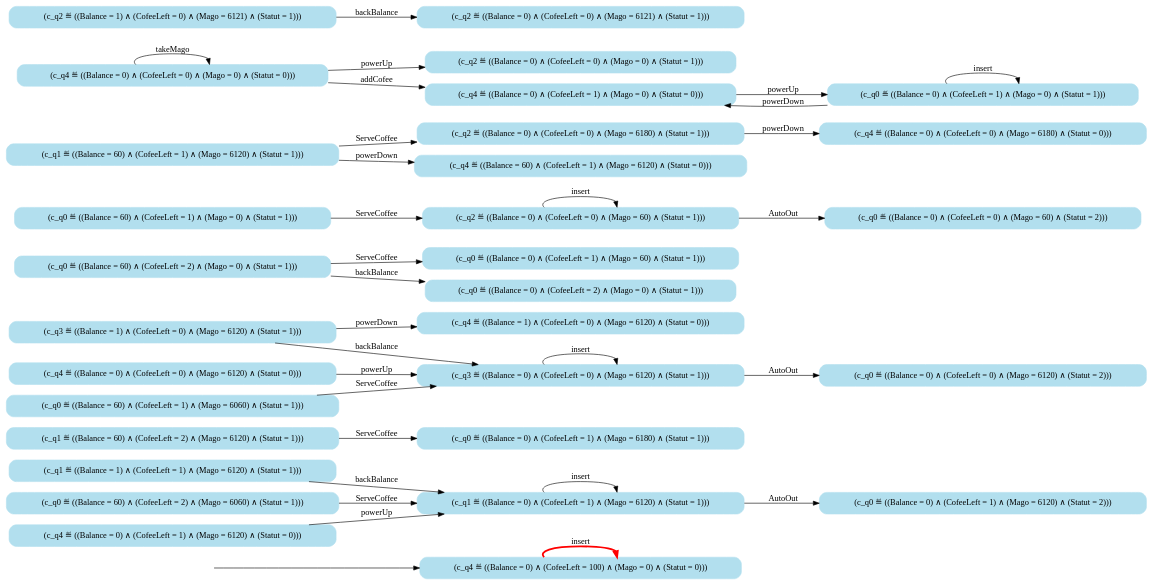
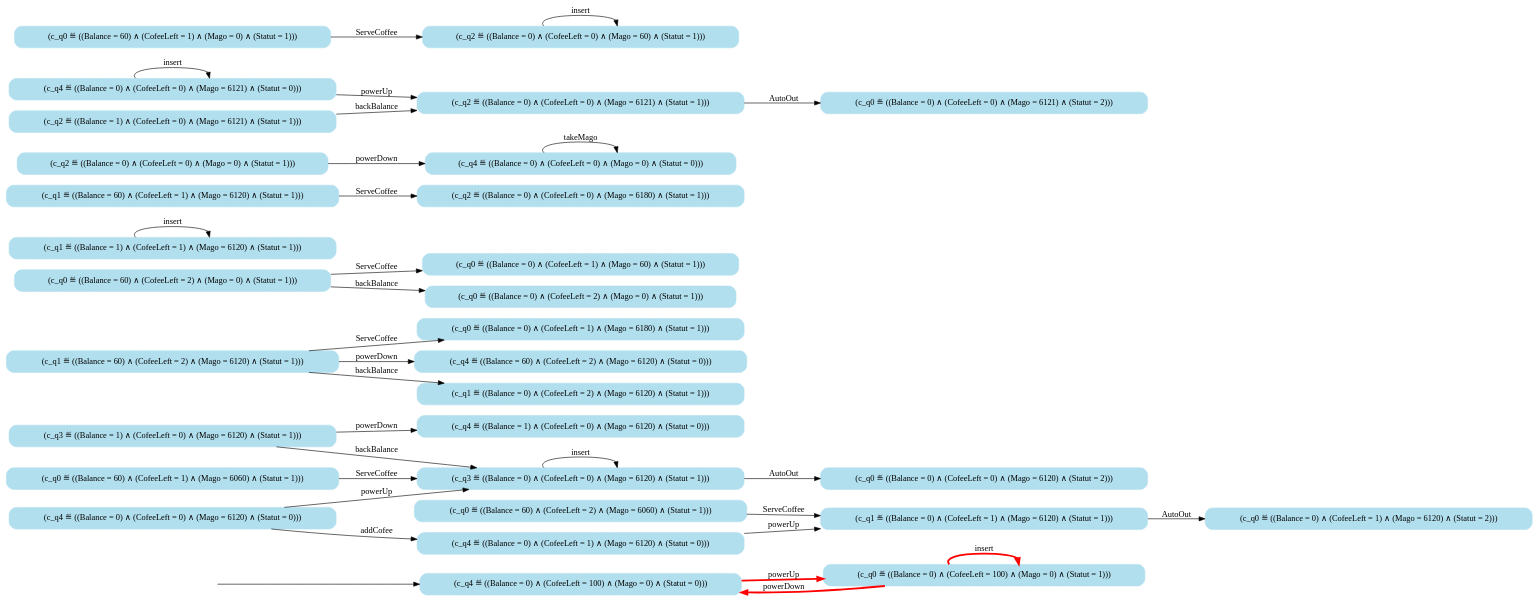
The diagram in resources/outputs/coffeeMachine/2guard/eua0.dot (stratosphr/Stratest), drawn with Graphviz before and after one commit. The commit also changed 711 other files, not shown here.

```diff
--- a/resources/outputs/coffeeMachine/2guard/eua0.dot
+++ b/resources/outputs/coffeeMachine/2guard/eua0.dot
@@ -1,70 +1,70 @@
 digraph G {
 
 	rankdir = LR;
 
-	start_c_q4_1[style=invisible];
+	start_c_q4_27[style=invisible];
 
 	node[shape=box, style="rounded, filled", color=lightblue2];
 
-	c_q1_32[label="(c_q1 ≝ ((Balance = 0) ∧ (CofeeLeft = 1) ∧ (Mago = 6120) ∧ (Statut = 1)))"];
-	c_q0_35[label="(c_q0 ≝ ((Balance = 0) ∧ (CofeeLeft = 1) ∧ (Mago = 6180) ∧ (Statut = 1)))"];
+	c_q1_28[label="(c_q1 ≝ ((Balance = 0) ∧ (CofeeLeft = 1) ∧ (Mago = 6120) ∧ (Statut = 1)))"];
+	c_q0_31[label="(c_q0 ≝ ((Balance = 0) ∧ (CofeeLeft = 1) ∧ (Mago = 6180) ∧ (Statut = 1)))"];
 	c_q3_54[label="(c_q3 ≝ ((Balance = 1) ∧ (CofeeLeft = 0) ∧ (Mago = 6120) ∧ (Statut = 1)))"];
-	c_q0_17[label="(c_q0 ≝ ((Balance = 0) ∧ (CofeeLeft = 1) ∧ (Mago = 60) ∧ (Statut = 1)))"];
-	c_q4_12[label="(c_q4 ≝ ((Balance = 0) ∧ (CofeeLeft = 0) ∧ (Mago = 6120) ∧ (Statut = 0)))"];
-	c_q0_45[label="(c_q0 ≝ ((Balance = 0) ∧ (CofeeLeft = 0) ∧ (Mago = 60) ∧ (Statut = 2)))"];
-	c_q4_1[label="(c_q4 ≝ ((Balance = 0) ∧ (CofeeLeft = 100) ∧ (Mago = 0) ∧ (Statut = 0)))"];
+	c_q0_15[label="(c_q0 ≝ ((Balance = 0) ∧ (CofeeLeft = 1) ∧ (Mago = 60) ∧ (Statut = 1)))"];
+	c_q4_8[label="(c_q4 ≝ ((Balance = 0) ∧ (CofeeLeft = 0) ∧ (Mago = 6120) ∧ (Statut = 0)))"];
+	c_q4_27[label="(c_q4 ≝ ((Balance = 0) ∧ (CofeeLeft = 100) ∧ (Mago = 0) ∧ (Statut = 0)))"];
 	c_q0_24[label="(c_q0 ≝ ((Balance = 60) ∧ (CofeeLeft = 1) ∧ (Mago = 6060) ∧ (Statut = 1)))"];
-	c_q1_30[label="(c_q1 ≝ ((Balance = 1) ∧ (CofeeLeft = 1) ∧ (Mago = 6120) ∧ (Statut = 1)))"];
-	c_q2_46[label="(c_q2 ≝ ((Balance = 0) ∧ (CofeeLeft = 0) ∧ (Mago = 6180) ∧ (Statut = 1)))"];
-	c_q0_18[label="(c_q0 ≝ ((Balance = 60) ∧ (CofeeLeft = 2) ∧ (Mago = 0) ∧ (Statut = 1)))"];
+	c_q1_35[label="(c_q1 ≝ ((Balance = 1) ∧ (CofeeLeft = 1) ∧ (Mago = 6120) ∧ (Statut = 1)))"];
+	c_q2_37[label="(c_q2 ≝ ((Balance = 0) ∧ (CofeeLeft = 0) ∧ (Mago = 6180) ∧ (Statut = 1)))"];
+	c_q0_16[label="(c_q0 ≝ ((Balance = 60) ∧ (CofeeLeft = 2) ∧ (Mago = 0) ∧ (Statut = 1)))"];
 	c_q0_20[label="(c_q0 ≝ ((Balance = 60) ∧ (CofeeLeft = 2) ∧ (Mago = 6060) ∧ (Statut = 1)))"];
 	c_q4_55[label="(c_q4 ≝ ((Balance = 1) ∧ (CofeeLeft = 0) ∧ (Mago = 6120) ∧ (Statut = 0)))"];
-	c_q1_38[label="(c_q1 ≝ ((Balance = 60) ∧ (CofeeLeft = 1) ∧ (Mago = 6120) ∧ (Statut = 1)))"];
-	c_q0_53[label="(c_q0 ≝ ((Balance = 0) ∧ (CofeeLeft = 0) ∧ (Mago = 6120) ∧ (Statut = 2)))"];
-	c_q4_10[label="(c_q4 ≝ ((Balance = 0) ∧ (CofeeLeft = 0) ∧ (Mago = 0) ∧ (Statut = 0)))"];
-	c_q2_11[label="(c_q2 ≝ ((Balance = 0) ∧ (CofeeLeft = 0) ∧ (Mago = 0) ∧ (Statut = 1)))"];
-	c_q1_34[label="(c_q1 ≝ ((Balance = 60) ∧ (CofeeLeft = 2) ∧ (Mago = 6120) ∧ (Statut = 1)))"];
-	c_q0_19[label="(c_q0 ≝ ((Balance = 0) ∧ (CofeeLeft = 2) ∧ (Mago = 0) ∧ (Statut = 1)))"];
+	c_q1_36[label="(c_q1 ≝ ((Balance = 60) ∧ (CofeeLeft = 1) ∧ (Mago = 6120) ∧ (Statut = 1)))"];
+	c_q0_49[label="(c_q0 ≝ ((Balance = 0) ∧ (CofeeLeft = 0) ∧ (Mago = 6120) ∧ (Statut = 2)))"];
+	c_q4_39[label="(c_q4 ≝ ((Balance = 60) ∧ (CofeeLeft = 2) ∧ (Mago = 6120) ∧ (Statut = 0)))"];
+	c_q4_47[label="(c_q4 ≝ ((Balance = 0) ∧ (CofeeLeft = 0) ∧ (Mago = 0) ∧ (Statut = 0)))"];
+	c_q1_38[label="(c_q1 ≝ ((Balance = 60) ∧ (CofeeLeft = 2) ∧ (Mago = 6120) ∧ (Statut = 1)))"];
+	c_q2_46[label="(c_q2 ≝ ((Balance = 0) ∧ (CofeeLeft = 0) ∧ (Mago = 0) ∧ (Statut = 1)))"];
+	c_q4_11[label="(c_q4 ≝ ((Balance = 0) ∧ (CofeeLeft = 0) ∧ (Mago = 6121) ∧ (Statut = 0)))"];
+	c_q0_17[label="(c_q0 ≝ ((Balance = 0) ∧ (CofeeLeft = 2) ∧ (Mago = 0) ∧ (Statut = 1)))"];
 	c_q0_22[label="(c_q0 ≝ ((Balance = 60) ∧ (CofeeLeft = 1) ∧ (Mago = 0) ∧ (Statut = 1)))"];
-	c_q2_44[label="(c_q2 ≝ ((Balance = 0) ∧ (CofeeLeft = 0) ∧ (Mago = 60) ∧ (Statut = 1)))"];
 	c_q2_43[label="(c_q2 ≝ ((Balance = 0) ∧ (CofeeLeft = 0) ∧ (Mago = 6121) ∧ (Statut = 1)))"];
+	c_q2_45[label="(c_q2 ≝ ((Balance = 0) ∧ (CofeeLeft = 0) ∧ (Mago = 60) ∧ (Statut = 1)))"];
+	c_q1_33[label="(c_q1 ≝ ((Balance = 0) ∧ (CofeeLeft = 2) ∧ (Mago = 6120) ∧ (Statut = 1)))"];
 	c_q2_42[label="(c_q2 ≝ ((Balance = 1) ∧ (CofeeLeft = 0) ∧ (Mago = 6121) ∧ (Statut = 1)))"];
-	c_q0_26[label="(c_q0 ≝ ((Balance = 0) ∧ (CofeeLeft = 1) ∧ (Mago = 0) ∧ (Statut = 1)))"];
-	c_q4_8[label="(c_q4 ≝ ((Balance = 0) ∧ (CofeeLeft = 1) ∧ (Mago = 6120) ∧ (Statut = 0)))"];
-	c_q4_27[label="(c_q4 ≝ ((Balance = 0) ∧ (CofeeLeft = 1) ∧ (Mago = 0) ∧ (Statut = 0)))"];
-	c_q4_39[label="(c_q4 ≝ ((Balance = 60) ∧ (CofeeLeft = 1) ∧ (Mago = 6120) ∧ (Statut = 0)))"];
-	c_q4_47[label="(c_q4 ≝ ((Balance = 0) ∧ (CofeeLeft = 0) ∧ (Mago = 6180) ∧ (Statut = 0)))"];
-	c_q3_52[label="(c_q3 ≝ ((Balance = 0) ∧ (CofeeLeft = 0) ∧ (Mago = 6120) ∧ (Statut = 1)))"];
-	c_q0_33[label="(c_q0 ≝ ((Balance = 0) ∧ (CofeeLeft = 1) ∧ (Mago = 6120) ∧ (Statut = 2)))"];
+	c_q0_41[label="(c_q0 ≝ ((Balance = 0) ∧ (CofeeLeft = 0) ∧ (Mago = 6121) ∧ (Statut = 2)))"];
+	c_q4_9[label="(c_q4 ≝ ((Balance = 0) ∧ (CofeeLeft = 1) ∧ (Mago = 6120) ∧ (Statut = 0)))"];
+	c_q0_26[label="(c_q0 ≝ ((Balance = 0) ∧ (CofeeLeft = 100) ∧ (Mago = 0) ∧ (Statut = 1)))"];
+	c_q3_53[label="(c_q3 ≝ ((Balance = 0) ∧ (CofeeLeft = 0) ∧ (Mago = 6120) ∧ (Statut = 1)))"];
+	c_q0_29[label="(c_q0 ≝ ((Balance = 0) ∧ (CofeeLeft = 1) ∧ (Mago = 6120) ∧ (Statut = 2)))"];
 
-	start_c_q4_1 -> c_q4_1;
-	c_q4_1 -> c_q4_1[label="insert", penwidth=3, color=red];
-	c_q4_10 -> c_q4_10[label="takeMago"];
-	c_q4_10 -> c_q4_27[label="addCofee"];
-	c_q4_27 -> c_q0_26[label="powerUp"];
-	c_q4_8 -> c_q1_32[label="powerUp"];
-	c_q4_10 -> c_q2_11[label="powerUp"];
-	c_q4_12 -> c_q3_52[label="powerUp"];
-	c_q0_26 -> c_q0_26[label="insert"];
-	c_q0_18 -> c_q0_17[label="ServeCoffee"];
-	c_q0_18 -> c_q0_19[label="backBalance"];
-	c_q0_20 -> c_q1_32[label="ServeCoffee"];
-	c_q0_22 -> c_q2_44[label="ServeCoffee"];
-	c_q0_24 -> c_q3_52[label="ServeCoffee"];
-	c_q0_26 -> c_q4_27[label="powerDown"];
-	c_q1_32 -> c_q1_32[label="insert"];
-	c_q1_30 -> c_q1_32[label="backBalance"];
-	c_q1_32 -> c_q0_33[label="AutoOut"];
-	c_q1_34 -> c_q0_35[label="ServeCoffee"];
-	c_q1_38 -> c_q2_46[label="ServeCoffee"];
+	start_c_q4_27 -> c_q4_27;
+	c_q4_27 -> c_q0_26[label="powerUp", penwidth=3, color=red];
+	c_q4_9 -> c_q1_28[label="powerUp"];
+	c_q4_11 -> c_q2_43[label="powerUp"];
+	c_q4_8 -> c_q3_53[label="powerUp"];
+	c_q4_8 -> c_q4_9[label="addCofee"];
+	c_q4_11 -> c_q4_11[label="insert"];
+	c_q4_47 -> c_q4_47[label="takeMago"];
+	c_q0_16 -> c_q0_15[label="ServeCoffee"];
+	c_q0_16 -> c_q0_17[label="backBalance"];
+	c_q0_26 -> c_q0_26[label="insert", penwidth=3, color=red];
+	c_q0_20 -> c_q1_28[label="ServeCoffee"];
+	c_q0_22 -> c_q2_45[label="ServeCoffee"];
+	c_q0_24 -> c_q3_53[label="ServeCoffee"];
+	c_q0_26 -> c_q4_27[label="powerDown", penwidth=3, color=red];
+	c_q1_28 -> c_q0_29[label="AutoOut"];
+	c_q1_38 -> c_q0_31[label="ServeCoffee"];
+	c_q1_38 -> c_q1_33[label="backBalance"];
+	c_q1_35 -> c_q1_35[label="insert"];
+	c_q1_36 -> c_q2_37[label="ServeCoffee"];
 	c_q1_38 -> c_q4_39[label="powerDown"];
-	c_q2_44 -> c_q2_44[label="insert"];
+	c_q2_43 -> c_q0_41[label="AutoOut"];
 	c_q2_42 -> c_q2_43[label="backBalance"];
-	c_q2_44 -> c_q0_45[label="AutoOut"];
+	c_q2_45 -> c_q2_45[label="insert"];
 	c_q2_46 -> c_q4_47[label="powerDown"];
-	c_q3_52 -> c_q3_52[label="insert"];
-	c_q3_54 -> c_q3_52[label="backBalance"];
-	c_q3_52 -> c_q0_53[label="AutoOut"];
+	c_q3_53 -> c_q0_49[label="AutoOut"];
+	c_q3_54 -> c_q3_53[label="backBalance"];
+	c_q3_53 -> c_q3_53[label="insert"];
 	c_q3_54 -> c_q4_55[label="powerDown"];
 
 }
```
